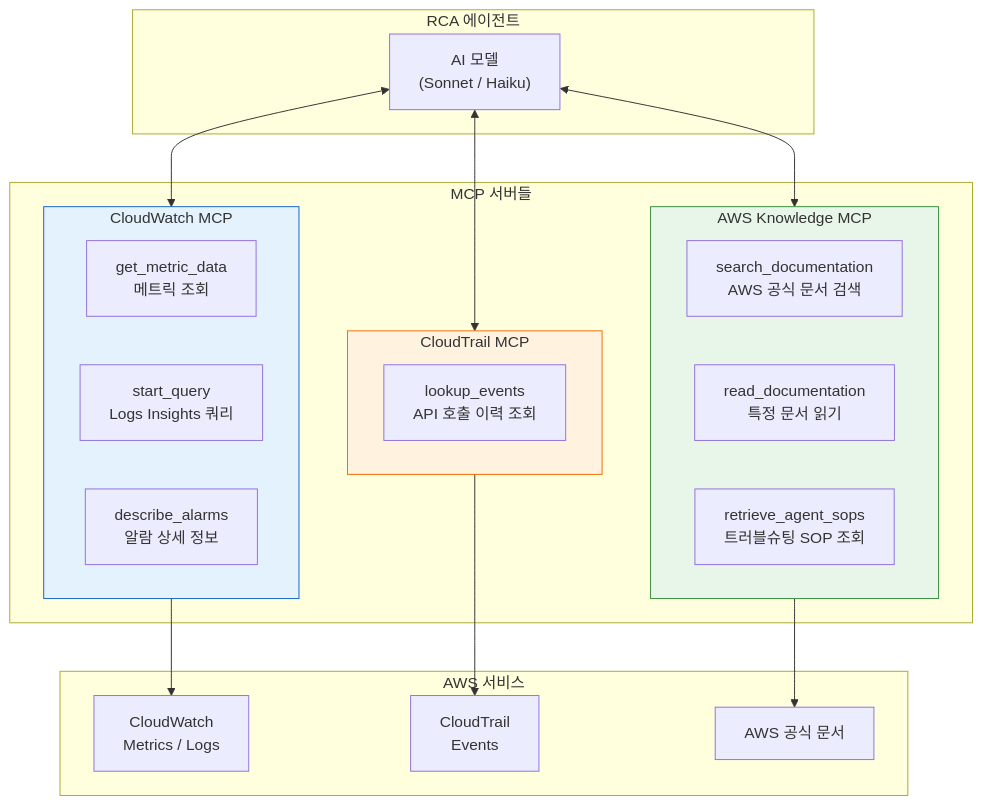
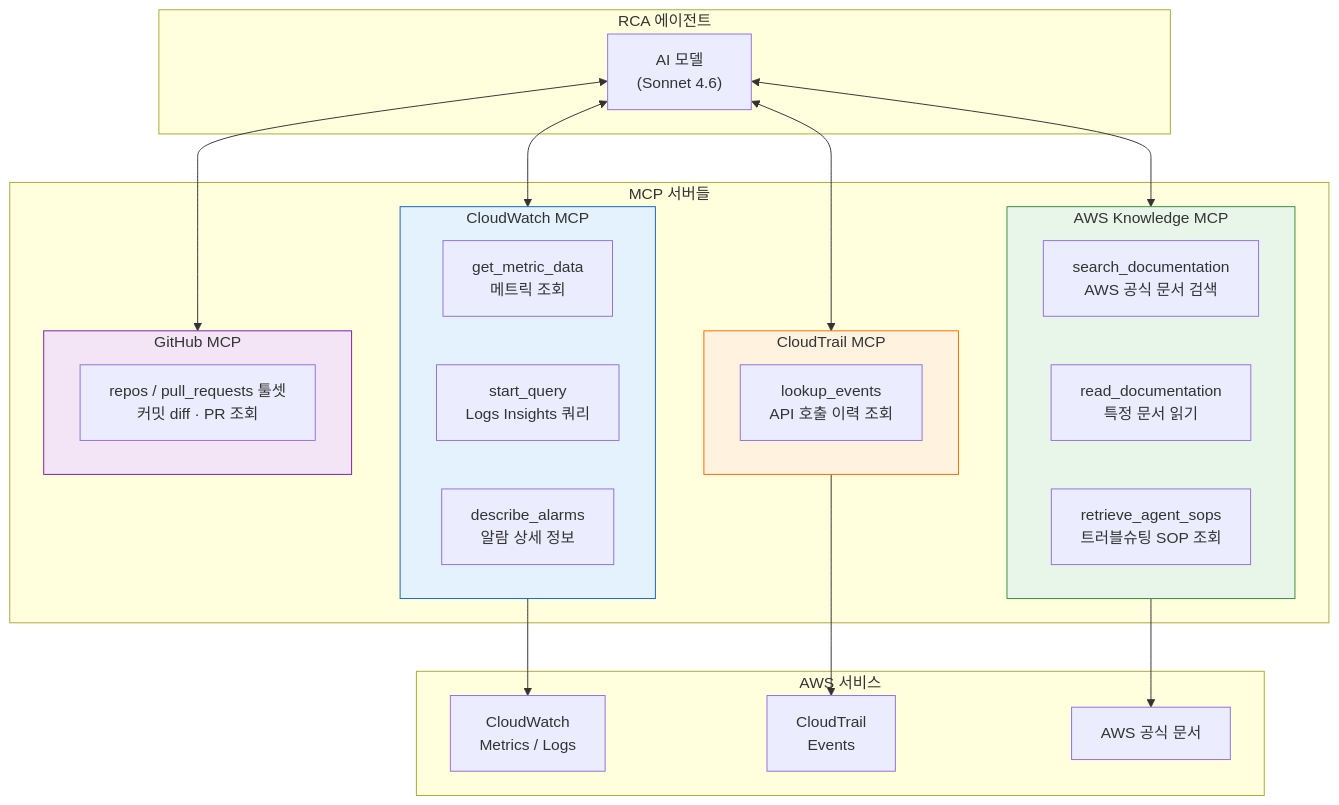
The tenth of 22 diagrams in docs/system-guide-for-ops.md (haandol/rca-agent), drawn with Mermaid before and after one commit. The commit also changed other lines of this file and 9 other files, not shown here.

````diff
--- a/docs/system-guide-for-ops.md
+++ b/docs/system-guide-for-ops.md
@@ -459,42 +461,48 @@
 ```mermaid
 graph TB
     subgraph Agent["RCA 에이전트"]
-        AI["AI 모델<br/>(Sonnet / Haiku)"]
+        AI["AI 모델<br/>(Sonnet 4.6)"]
     end
 
     subgraph MCP["MCP 서버들"]
         subgraph AK["AWS Knowledge MCP"]
             AK1["search_documentation<br/>AWS 공식 문서 검색"]
             AK2["read_documentation<br/>특정 문서 읽기"]
             AK3["retrieve_agent_sops<br/>트러블슈팅 SOP 조회"]
         end
 
         subgraph CW["CloudWatch MCP"]
             CW1["get_metric_data<br/>메트릭 조회"]
             CW2["start_query<br/>Logs Insights 쿼리"]
             CW3["describe_alarms<br/>알람 상세 정보"]
         end
 
         subgraph CT["CloudTrail MCP"]
             CT1["lookup_events<br/>API 호출 이력 조회"]
         end
+
+        subgraph GH["GitHub MCP"]
+            GH1["repos / pull_requests 툴셋<br/>커밋 diff · PR 조회"]
+        end
     end
 
     subgraph AWS["AWS 서비스"]
         CW_API["CloudWatch<br/>Metrics / Logs"]
         CT_API["CloudTrail<br/>Events"]
         AWS_DOCS["AWS 공식 문서"]
     end
 
     AI <--> AK
     AI <--> CW
     AI <--> CT
+    AI <--> GH
 
     AK --> AWS_DOCS
     CW --> CW_API
     CT --> CT_API
 
     style AK fill:#e8f5e9,stroke:#388e3c
     style CW fill:#e3f2fd,stroke:#1565c0
     style CT fill:#fff3e0,stroke:#ef6c00
+    style GH fill:#f3e5f5,stroke:#7b1fa2
 ```
````
